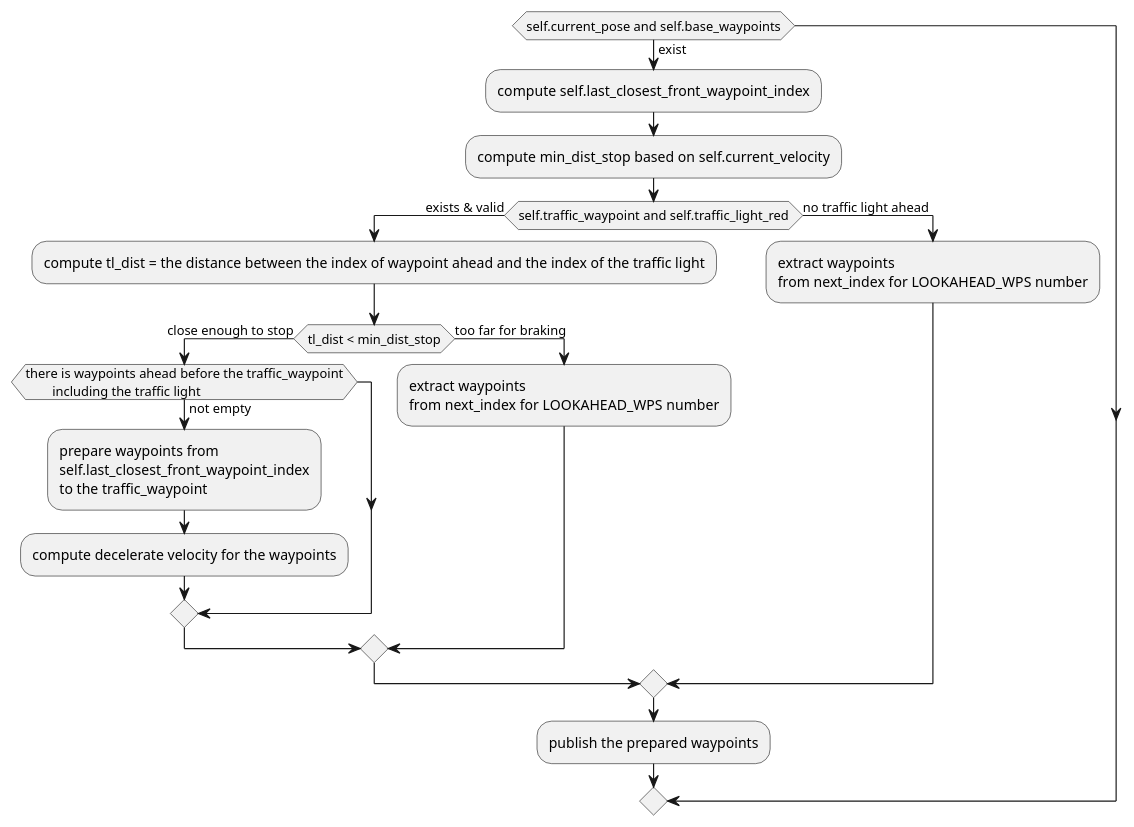
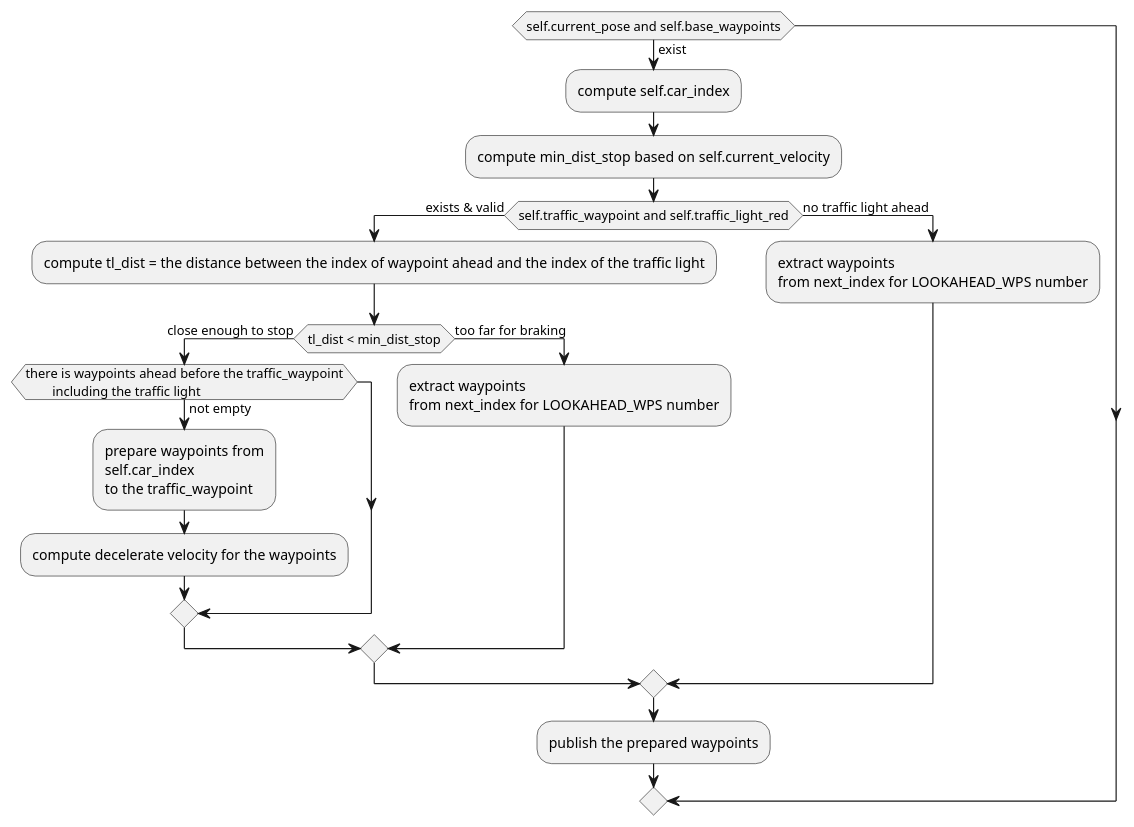
One commit to yubrshen/CarND-Capstone changed the first of 4 diagrams in waypoint_updater.org. Above: the diagram before and after it, drawn with PlantUML. The commit also changed other lines of this file and 6 other files, not shown here.

Commit message:
add angular velocity at final_waypoints[0] to correct off track; change variable name: WaypointTracker.last_cloest_waypoint_index to car_index

```diff
--- a/waypoint_updater.org
+++ b/waypoint_updater.org
@@ -759,27 +759,27 @@
 #+BEGIN_SRC plantuml :file compute-publish-final-wayponts.png
 @startuml
 if (self.current_pose and self.base_waypoints) then (exist)
-  :compute self.last_closest_front_waypoint_index;
+  :compute self.car_index;
   :compute min_dist_stop based on self.current_velocity;
   if (self.traffic_waypoint and self.traffic_light_red) then (exists & valid)
     :compute tl_dist = the distance between the index of waypoint ahead and the index of the traffic light;
     if (tl_dist < min_dist_stop) then (close enough to stop)
       if (there is waypoints ahead before the traffic_waypoint
         including the traffic light) then (not empty)
         :prepare waypoints from
-        self.last_closest_front_waypoint_index
+        self.car_index
         to the traffic_waypoint;
         :compute decelerate velocity for the waypoints;
       endif
     else (too far for braking)
       :extract waypoints
       from next_index for LOOKAHEAD_WPS number;
     endif
   else (no traffic light ahead)
     :extract waypoints
     from next_index for LOOKAHEAD_WPS number;
   endif
   :publish the prepared waypoints;
 endif
 @enduml
 #+END_SRC
```
